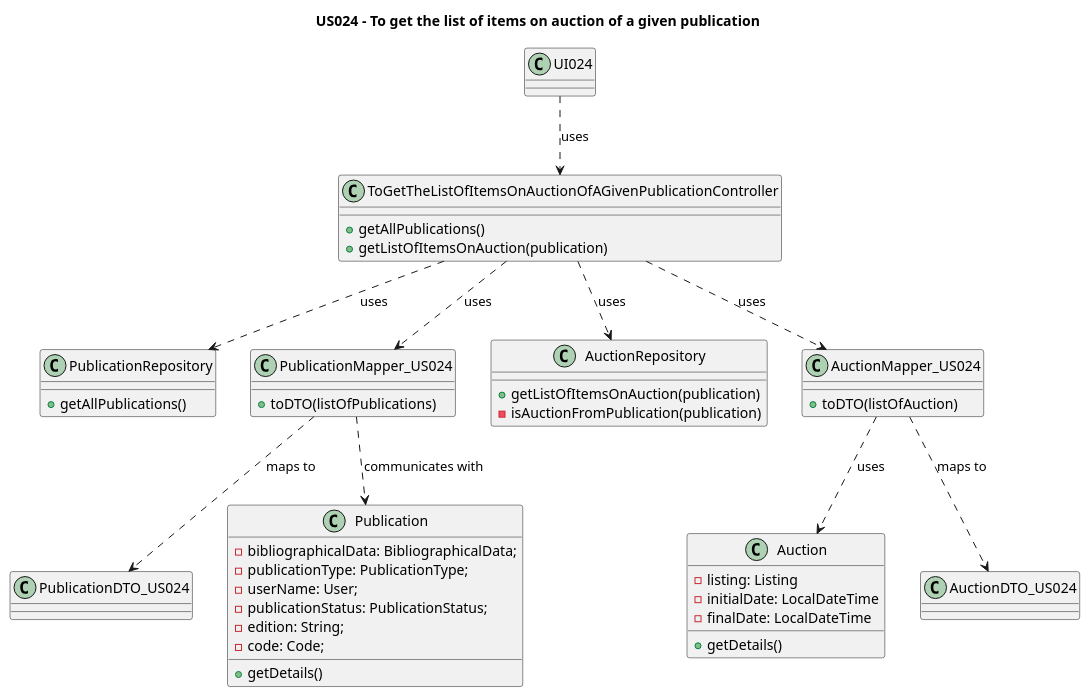
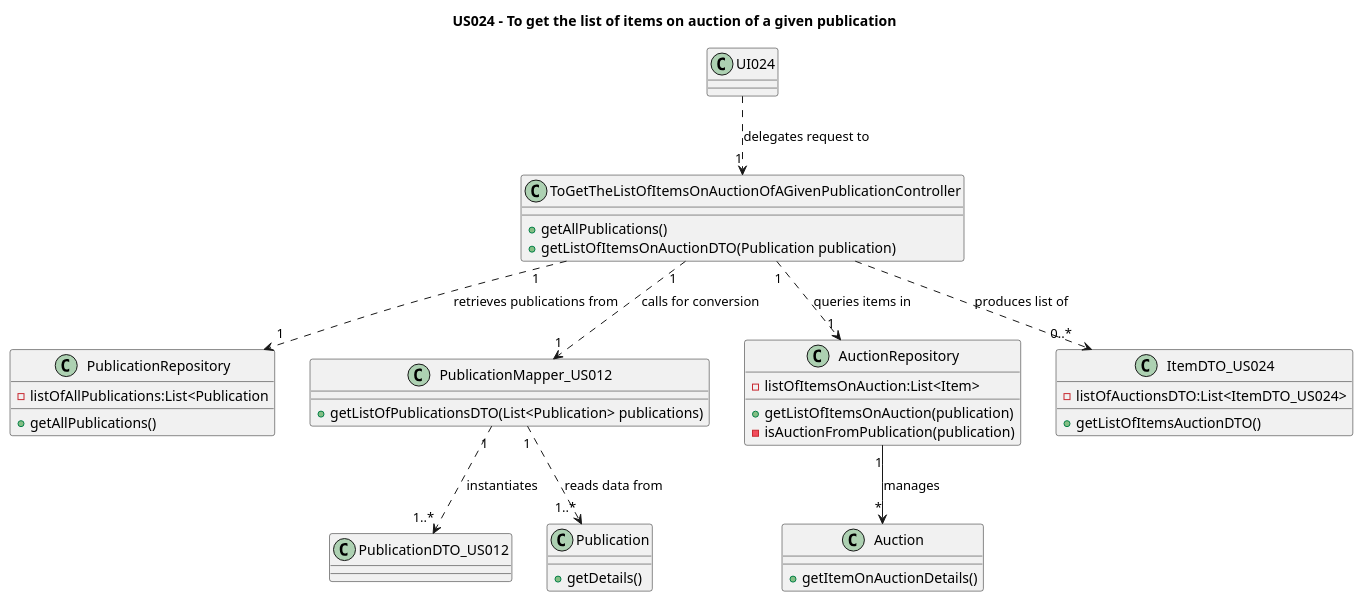
The diagram in Diagrams/ClassDiagrams/US024-to-get-the-list-of-items-on-auction-of-a-given-publication.puml (AndrePereiraGitH/SWitCH-Project-Team_A), drawn with PlantUML before and after one commit. The commit also changed 3 other files, not shown here.

```diff
--- a/Diagrams/ClassDiagrams/US024-to-get-the-list-of-items-on-auction-of-a-given-publication.puml
+++ b/Diagrams/ClassDiagrams/US024-to-get-the-list-of-items-on-auction-of-a-given-publication.puml
@@ -1,65 +1,60 @@
 @startuml
 title US024 - To get the list of items on auction of a given publication
 
 class UI024 {
 
 }
 
 class ToGetTheListOfItemsOnAuctionOfAGivenPublicationController {
   +getAllPublications()
-  +getListOfItemsOnAuction(publication)
+  +getListOfItemsOnAuctionDTO(Publication publication)
 }
 
 class PublicationRepository{
+    -listOfAllPublications:List<Publication
     +getAllPublications()
 }
 
-class PublicationDTO_US024 {
+class PublicationDTO_US012 {
 }
 
 class Publication {
-    - bibliographicalData: BibliographicalData;
-    - publicationType: PublicationType;
-    - userName: User;
-    - publicationStatus: PublicationStatus;
-    - edition: String;
-    - code: Code;
     +getDetails()
 }
 
-class PublicationMapper_US024 {
-  +toDTO(listOfPublications)
+class PublicationMapper_US012 {
+  +getListOfPublicationsDTO(List<Publication> publications)
 }
 
 class AuctionRepository {
+  -listOfItemsOnAuction:List<Item>
   +getListOfItemsOnAuction(publication)
   -isAuctionFromPublication(publication)
 }
 
 class Auction {
- - listing: Listing
- - initialDate: LocalDateTime
- - finalDate: LocalDateTime
- +getDetails()
++ getItemOnAuctionDetails()
 }
 
-class AuctionMapper_US024 {
-  +toDTO(listOfAuction)
+class ItemDTO_US024 {
+- listOfAuctionsDTO:List<ItemDTO_US024>
++ getListOfItemsAuctionDTO()
 }
 
-class AuctionDTO_US024 {
-}
 
 ' Interactions
 
-UI024 ..> ToGetTheListOfItemsOnAuctionOfAGivenPublicationController: uses
-ToGetTheListOfItemsOnAuctionOfAGivenPublicationController ..> AuctionRepository : uses
-ToGetTheListOfItemsOnAuctionOfAGivenPublicationController ..> PublicationRepository : uses
-PublicationMapper_US024 ..> Publication: communicates with
-PublicationMapper_US024 ..> PublicationDTO_US024 : maps to
-ToGetTheListOfItemsOnAuctionOfAGivenPublicationController ..> AuctionMapper_US024 : uses
-ToGetTheListOfItemsOnAuctionOfAGivenPublicationController ..> PublicationMapper_US024 : uses
-AuctionMapper_US024 ..> AuctionDTO_US024 : maps to
-AuctionMapper_US024 ..> Auction : uses
+UI024 ..> "1" ToGetTheListOfItemsOnAuctionOfAGivenPublicationController: delegates request to
+ToGetTheListOfItemsOnAuctionOfAGivenPublicationController "1" ..> "1" PublicationRepository : retrieves publications from
+ToGetTheListOfItemsOnAuctionOfAGivenPublicationController "1" ..> "1" PublicationMapper_US012 : calls for conversion
+PublicationMapper_US012 "1" ..> "1..*" Publication: reads data from
+PublicationMapper_US012 "1" ..> "1..*" PublicationDTO_US012 : instantiates
+ToGetTheListOfItemsOnAuctionOfAGivenPublicationController "1" ..> "1"AuctionRepository : queries items in
+AuctionRepository "1" --> "*" Auction: manages
+ToGetTheListOfItemsOnAuctionOfAGivenPublicationController ..> "0..*" ItemDTO_US024 : produces list of
+
+
+
+
 
 @enduml
```
